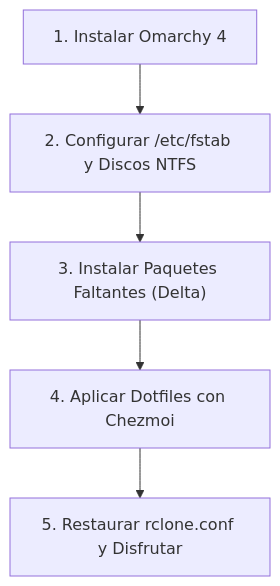
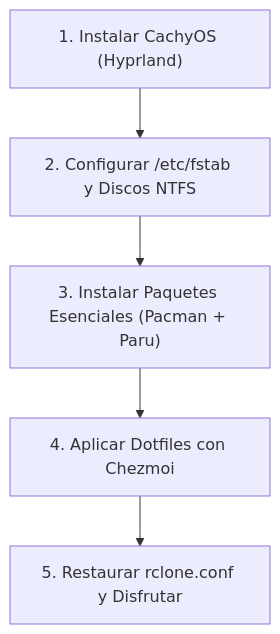
Before and after one commit to lumusitech/dotfiles: the first of 2 diagrams in README.md, drawn with Mermaid. The commit also changed other lines of this file and 12 other files, not shown here.

````diff
--- a/README.md
+++ b/README.md
@@ -62,7 +59,7 @@
 ```mermaid
 flowchart TD
-    A["1. Instalar Omarchy 4"] --> B["2. Configurar /etc/fstab y Discos NTFS"]
-    B --> C["3. Instalar Paquetes Faltantes (Delta)"]
+    A["1. Instalar CachyOS (Hyprland)"] --> B["2. Configurar /etc/fstab y Discos NTFS"]
+    B --> C["3. Instalar Paquetes Esenciales (Pacman + Paru)"]
     C --> D["4. Aplicar Dotfiles con Chezmoi"]
     D --> E["5. Restaurar rclone.conf y Disfrutar"]
 ```
````
